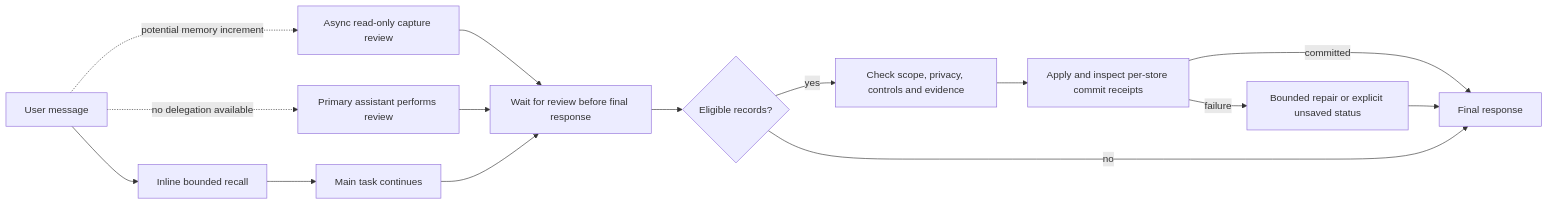
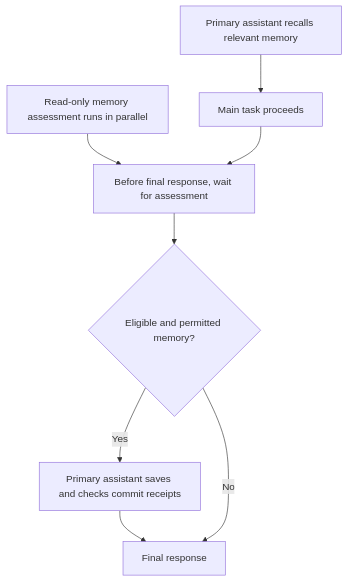
Before and after one commit to chrisstarr7/dev-memory: the diagram in README.md, drawn with Mermaid. The commit also changed other lines of this file and 4 other files, not shown here.

First line of the commit message:
Explain setup and memory scope before users start another project

````diff
--- a/README.md
+++ b/README.md
@@ -30,17 +94,10 @@
 ```mermaid
-flowchart LR
-    U[User message] --> R[Inline bounded recall]
-    R --> T[Main task continues]
-    U -. potential memory increment .-> A[Async read-only capture review]
-    U -. no delegation available .-> P[Primary assistant performs review]
-    A --> J[Wait for review before final response]
-    P --> J
-    T --> J
-    J --> C{Eligible records?}
-    C -- yes --> V[Check scope, privacy, controls and evidence]
-    V --> M[Apply and inspect per-store commit receipts]
-    M -- committed --> F[Final response]
-    M -- failure --> E[Bounded repair or explicit unsaved status]
-    E --> F
-    C -- no --> F
+flowchart TD
+    R[Primary assistant recalls relevant memory] --> W[Main task proceeds]
+    A[Read-only memory assessment runs in parallel] --> J[Before final response, wait for assessment]
+    W --> J
+    J --> C{Eligible and permitted memory?}
+    C -- Yes --> S[Primary assistant saves and checks commit receipts]
+    S --> F[Final response]
+    C -- No --> F
 ```
````
